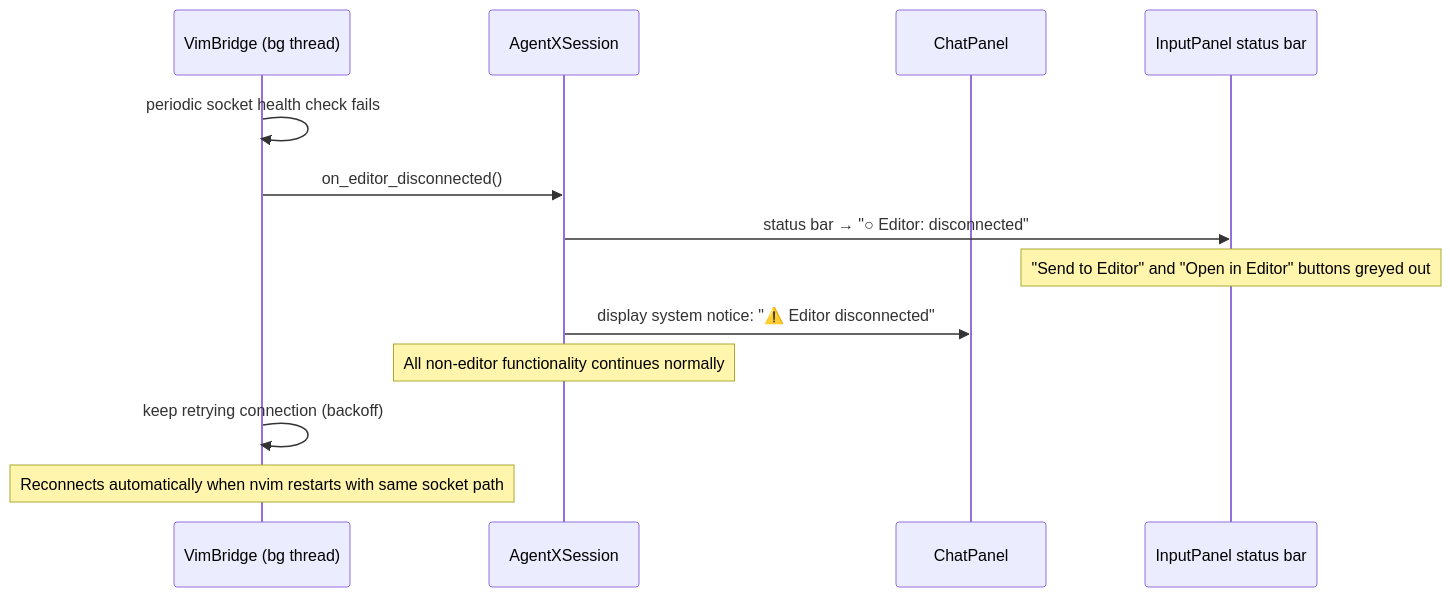
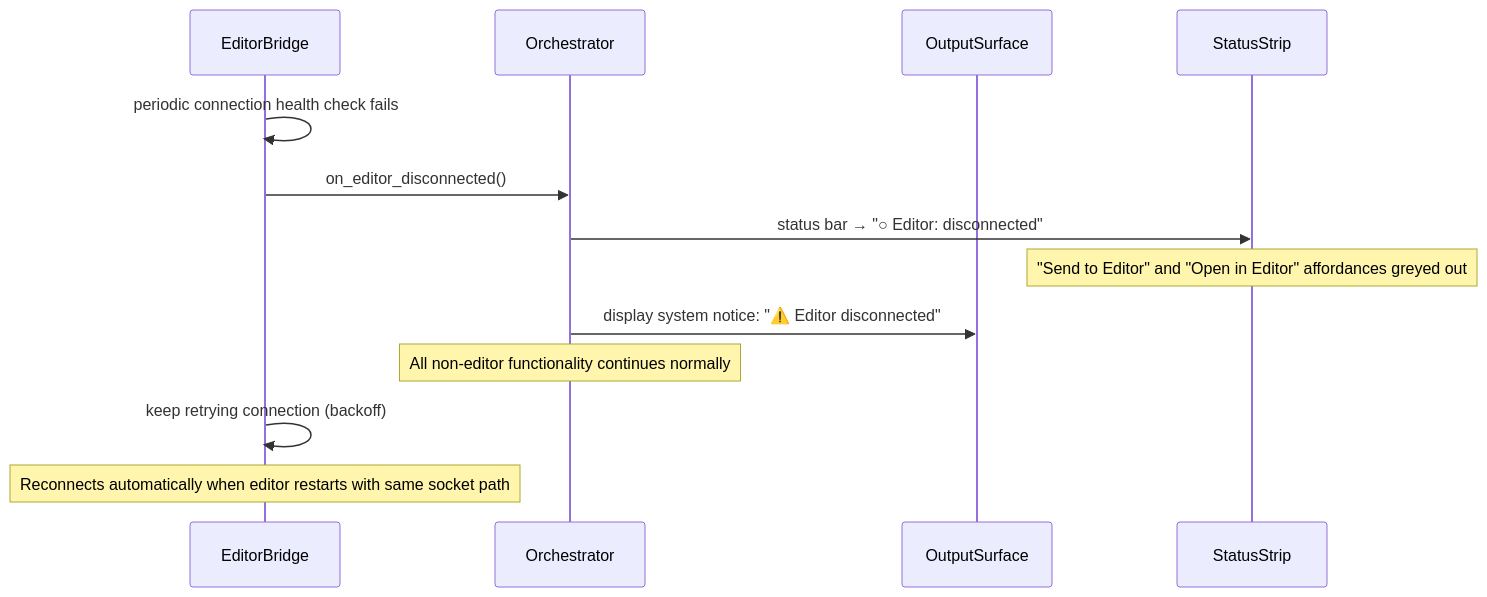
Before and after one commit to matthewapeters/agentX: the tenth of 11 diagrams in docs/ux/05_VIBE_CODING.md, drawn with Mermaid. The commit also changed other lines of this file and 336 other files, not shown here.

````diff
--- a/docs/ux/05_VIBE_CODING.md
+++ b/docs/ux/05_VIBE_CODING.md
@@ -732,16 +303,16 @@
 ```mermaid
 sequenceDiagram
-    participant VB as VimBridge (bg thread)
-    participant Session as AgentXSession
-    participant ChatPanel
-    participant GUI as InputPanel status bar
+    participant EditorBridge
+    participant Orchestrator
+    participant OutputSurface
+    participant StatusStrip
 
-    VB->>VB: periodic socket health check fails
-    VB->>Session: on_editor_disconnected()
-    Session->>GUI: status bar → "○ Editor: disconnected"
-    Note over GUI: "Send to Editor" and "Open in Editor" buttons greyed out
-    Session->>ChatPanel: display system notice: "⚠️ Editor disconnected"
-    Note over Session: All non-editor functionality continues normally
-    VB->>VB: keep retrying connection (backoff)
-    Note over VB: Reconnects automatically when nvim restarts with same socket path
+    EditorBridge->>EditorBridge: periodic connection health check fails
+    EditorBridge->>Orchestrator: on_editor_disconnected()
+    Orchestrator->>StatusStrip: status bar → "○ Editor: disconnected"
+    Note over StatusStrip: "Send to Editor" and "Open in Editor" affordances greyed out
+    Orchestrator->>OutputSurface: display system notice: "⚠️ Editor disconnected"
+    Note over Orchestrator: All non-editor functionality continues normally
+    EditorBridge->>EditorBridge: keep retrying connection (backoff)
+    Note over EditorBridge: Reconnects automatically when editor restarts with same socket path
 ```
````
